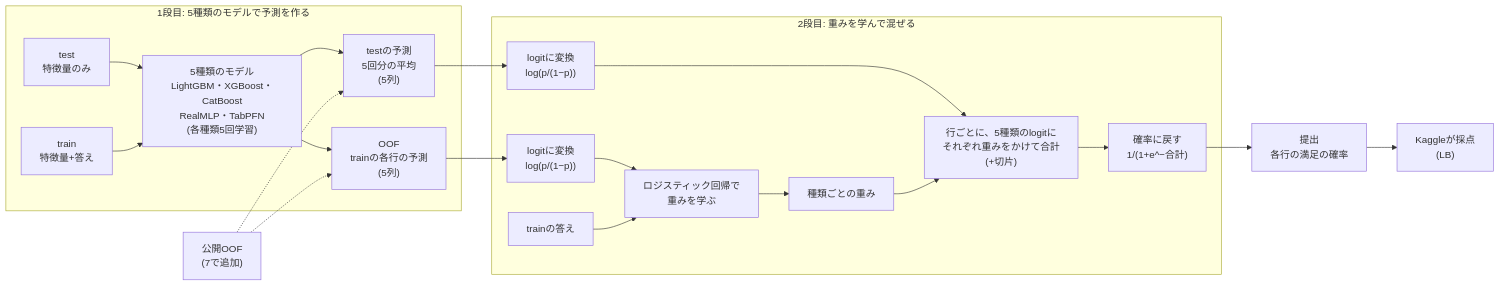
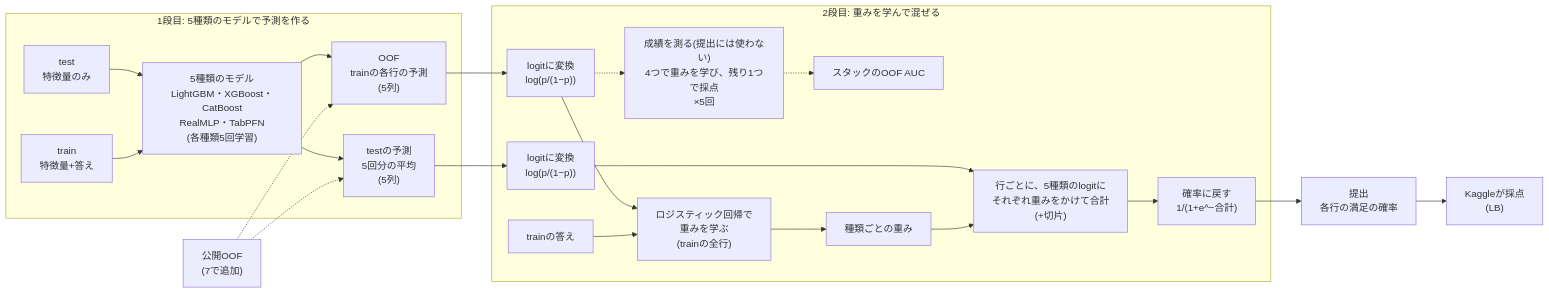
Before and after one commit to aramaki5443-art/kaggle-s6e10-airline-satisfaction: the diagram in README.md, drawn with Mermaid.

Commit message:
README diagram: add the evaluation branch (4 folds learn, 1 scores) and mark the submission fit as all train rows
Claude-Session: https://claude.ai/code/session_01W4XQw12fApd9PttvvKTwbS

````diff
--- a/README.md
+++ b/README.md
@@ -133,22 +133,24 @@
 ```mermaid
 flowchart LR
   subgraph S1["1段目: 5種類のモデルで予測を作る"]
     TE["test<br>特徴量のみ"] --> M["5種類のモデル<br>LightGBM・XGBoost・CatBoost<br>RealMLP・TabPFN<br>(各種類5回学習)"]
     TR["train<br>特徴量+答え"] --> M
     M --> OOF["OOF<br>trainの各行の予測<br>(5列)"]
     M --> TP["testの予測<br>5回分の平均<br>(5列)"]
   end
   subgraph S2["2段目: 重みを学んで混ぜる"]
     OOF --> LO1["logitに変換<br>log(p/(1−p))"]
-    LO1 --> LR["ロジスティック回帰で<br>重みを学ぶ"]
+    LO1 --> LR["ロジスティック回帰で<br>重みを学ぶ<br>(trainの全行)"]
+    LO1 -.-> CV["成績を測る(提出には使わない)<br>4つで重みを学び、残り1つで採点<br>×5回"]
+    CV -.-> AUC["スタックのOOF AUC"]
     Y["trainの答え"] --> LR
     LR --> W["種類ごとの重み"]
     TP --> LO2["logitに変換<br>log(p/(1−p))"]
     LO2 --> MIX["行ごとに、5種類のlogitに<br>それぞれ重みをかけて合計<br>(+切片)"]
     W --> MIX
     MIX --> SIG["確率に戻す<br>1/(1+e^−合計)"]
   end
   PUB["公開OOF<br>(7で追加)"] -.-> OOF
   PUB -.-> TP
   SIG --> SUB["提出<br>各行の満足の確率"] --> LB["Kaggleが採点<br>(LB)"]
 ```
````
